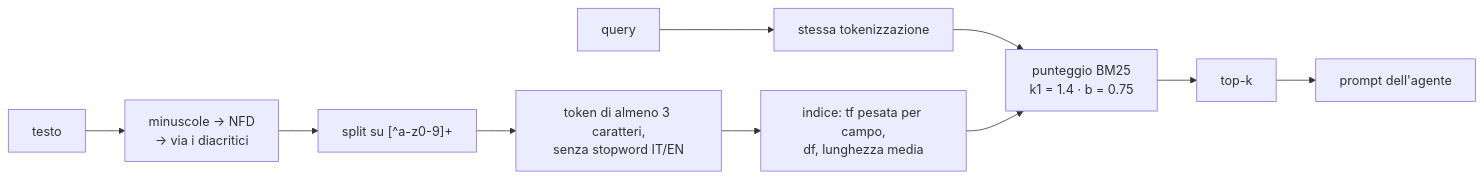
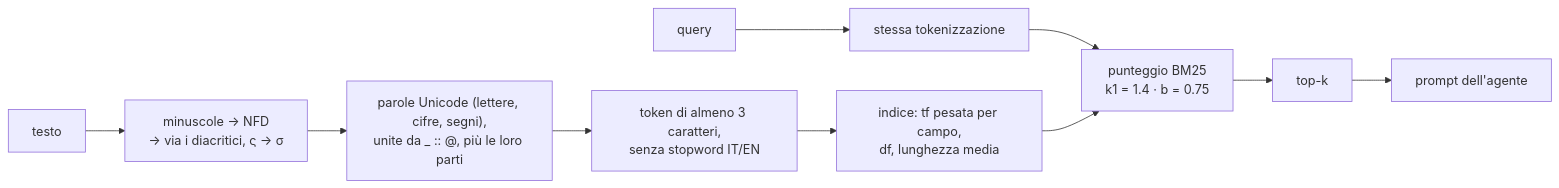
Before and after one commit to GiuseppeGiannelli-rgb/agent-world: the sixth of 7 diagrams in README.md, drawn with Mermaid. The commit also changed other lines of this file and 14 other files, not shown here.

````diff
--- a/README.md
+++ b/README.md
@@ -329,9 +329,9 @@
 ```mermaid
 flowchart LR
-    T["testo"] --> N["minuscole → NFD<br/>→ via i diacritici"]
-    N --> SP["split su [^a-z0-9]+"]
+    T["testo"] --> N["minuscole → NFD<br/>→ via i diacritici, ς → σ"]
+    N --> SP["parole Unicode (lettere, cifre, segni),<br/>unite da _ :: @, più le loro parti"]
     SP --> FI["token di almeno 3 caratteri,<br/>senza stopword IT/EN"]
     FI --> IX["indice: tf pesata per campo,<br/>df, lunghezza media"]
     Q["query"] --> N2["stessa tokenizzazione"] --> SC["punteggio BM25<br/>k1 = 1.4 · b = 0.75"]
     IX --> SC --> K["top-k"] --> P["prompt dell'agente"]
 ```
````
